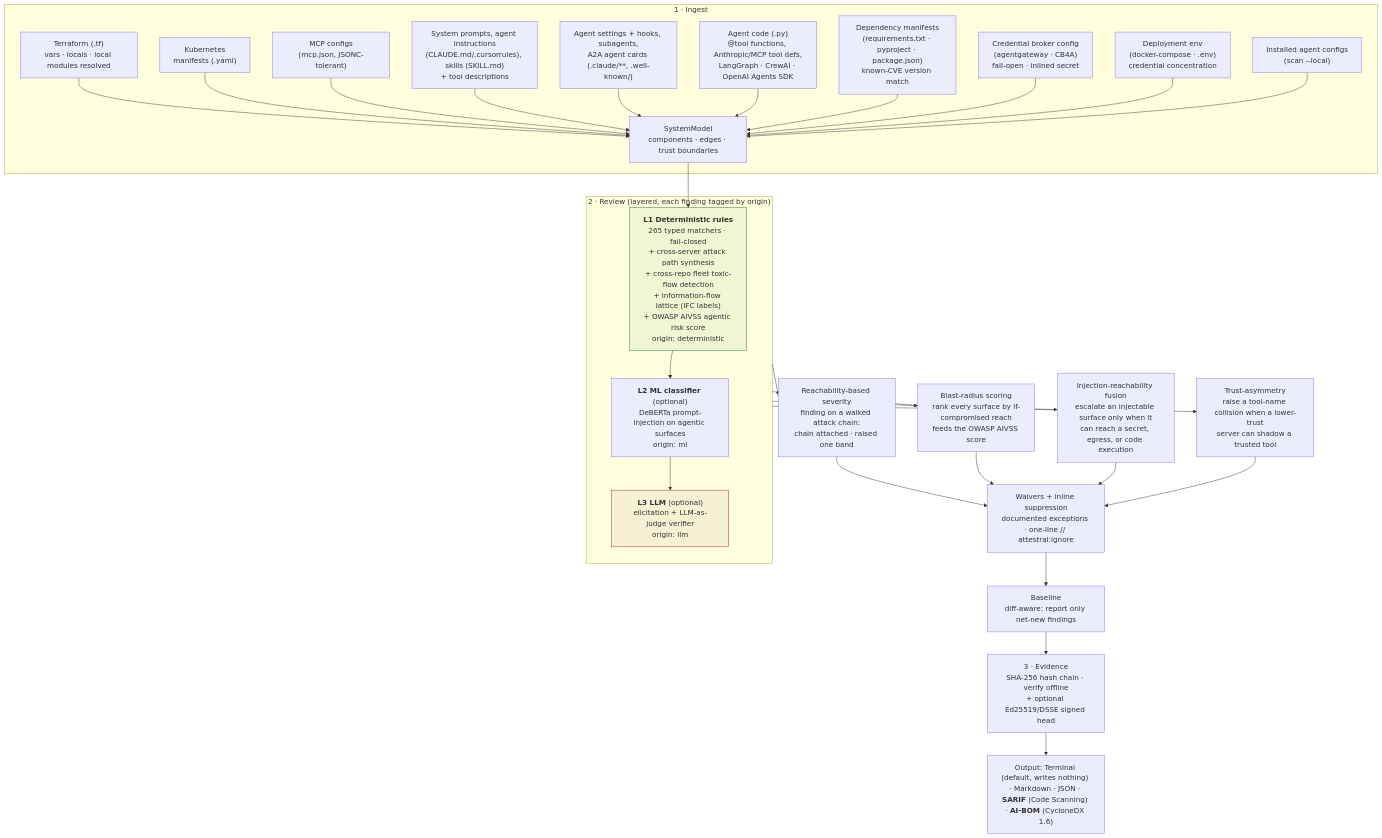
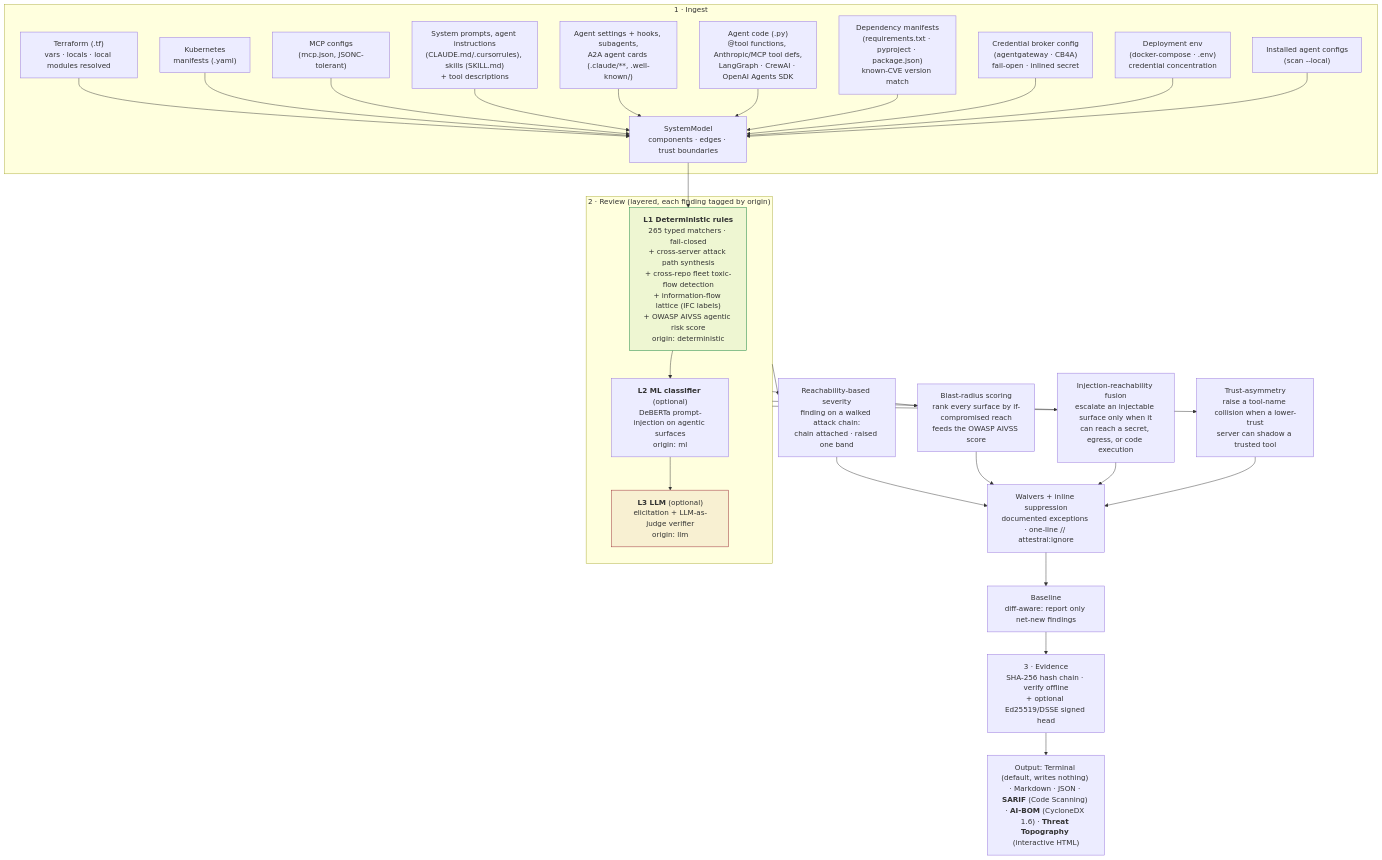
Before and after one commit to attestral-labs/attestral: the first of 4 diagrams in README.md, drawn with Mermaid. The commit also changed other lines of this file and 6 other files, not shown here.

````diff
--- a/README.md
+++ b/README.md
@@ -123,36 +124,36 @@
 ```mermaid
 flowchart TB
     subgraph ING["1 · Ingest"]
         TF["Terraform (.tf)<br/>vars · locals · local modules resolved"] --> M
         K8S["Kubernetes<br/>manifests (.yaml)"] --> M
         MCP["MCP configs<br/>(mcp.json, JSONC-tolerant)"] --> M
         SP["System prompts, agent instructions<br/>(CLAUDE.md/.cursorrules), skills (SKILL.md)<br/>+ tool descriptions"] --> M
         AC["Agent settings + hooks, subagents,<br/>A2A agent cards (.claude/**, .well-known/)"] --> M
         CODE["Agent code (.py)<br/>@tool functions, Anthropic/MCP tool defs,<br/>LangGraph · CrewAI · OpenAI Agents SDK"] --> M
         DEP["Dependency manifests<br/>(requirements.txt · pyproject · package.json)<br/>known-CVE version match"] --> M
         GW["Credential broker config<br/>(agentgateway · CB4A)<br/>fail-open · inlined secret"] --> M
         DENV["Deployment env<br/>(docker-compose · .env)<br/>credential concentration"] --> M
         LC["Installed agent configs<br/>(scan --local)"] --> M
         M["SystemModel<br/>components · edges · trust boundaries"]
     end
     M --> L1
     subgraph REV["2 · Review (layered, each finding tagged by origin)"]
         L1["<b>L1 Deterministic rules</b><br/>265 typed matchers · fail-closed<br/>+ cross-server attack path synthesis<br/>+ cross-repo fleet toxic-flow detection<br/>+ information-flow lattice (IFC labels)<br/>+ OWASP AIVSS agentic risk score<br/>origin: deterministic"]
         L2["<b>L2 ML classifier</b> (optional)<br/>DeBERTa prompt-injection on agentic surfaces<br/>origin: ml"]
         L3["<b>L3 LLM</b> (optional)<br/>elicitation + LLM-as-judge verifier<br/>origin: llm"]
         L1 --> L2 --> L3
     end
     REV --> RS["Reachability-based severity<br/>finding on a walked attack chain:<br/>chain attached · raised one band"]
     REV --> BR["Blast-radius scoring<br/>rank every surface by if-compromised reach<br/>feeds the OWASP AIVSS score"]
     REV --> IR["Injection-reachability fusion<br/>escalate an injectable surface only when it<br/>can reach a secret, egress, or code execution"]
     REV --> TA["Trust-asymmetry<br/>raise a tool-name collision when a lower-trust<br/>server can shadow a trusted tool"]
     RS --> W["Waivers + inline suppression<br/>documented exceptions · one-line // attestral:ignore"]
     BR --> W
     IR --> W
     TA --> W
     W --> BL["Baseline<br/>diff-aware: report only net-new findings"]
     BL --> EV["3 · Evidence<br/>SHA-256 hash chain · verify offline<br/>+ optional Ed25519/DSSE signed head"]
-    EV --> OUT["Output: Terminal (default, writes nothing) · Markdown · JSON · <b>SARIF</b> (Code Scanning) · <b>AI-BOM</b> (CycloneDX 1.6)"]
+    EV --> OUT["Output: Terminal (default, writes nothing) · Markdown · JSON · <b>SARIF</b> (Code Scanning) · <b>AI-BOM</b> (CycloneDX 1.6) · <b>Threat Topography</b> (interactive HTML)"]
     style L1 fill:#0a7d3611,stroke:#0a7d36
     style L3 fill:#96222E11,stroke:#96222E
 ```
````
